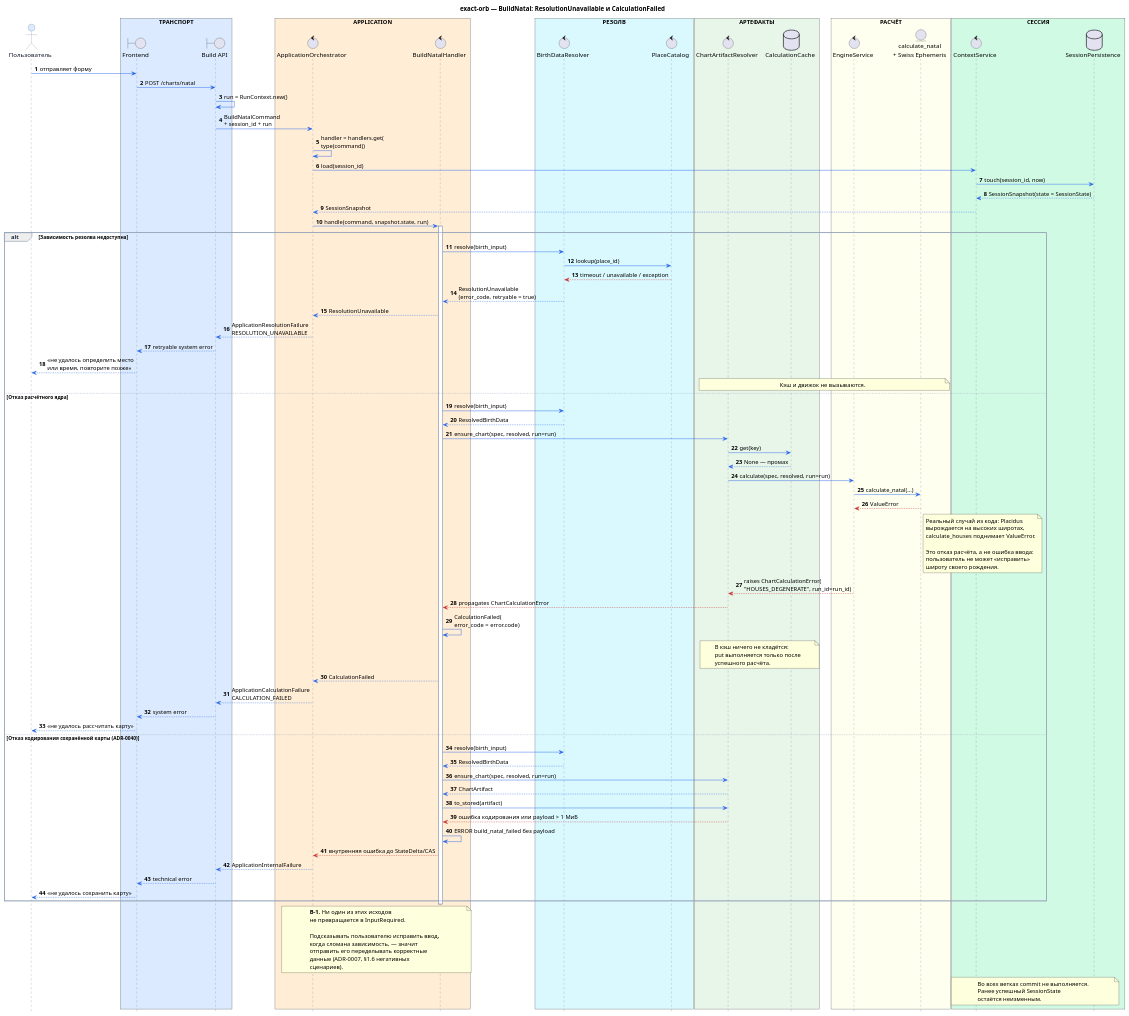
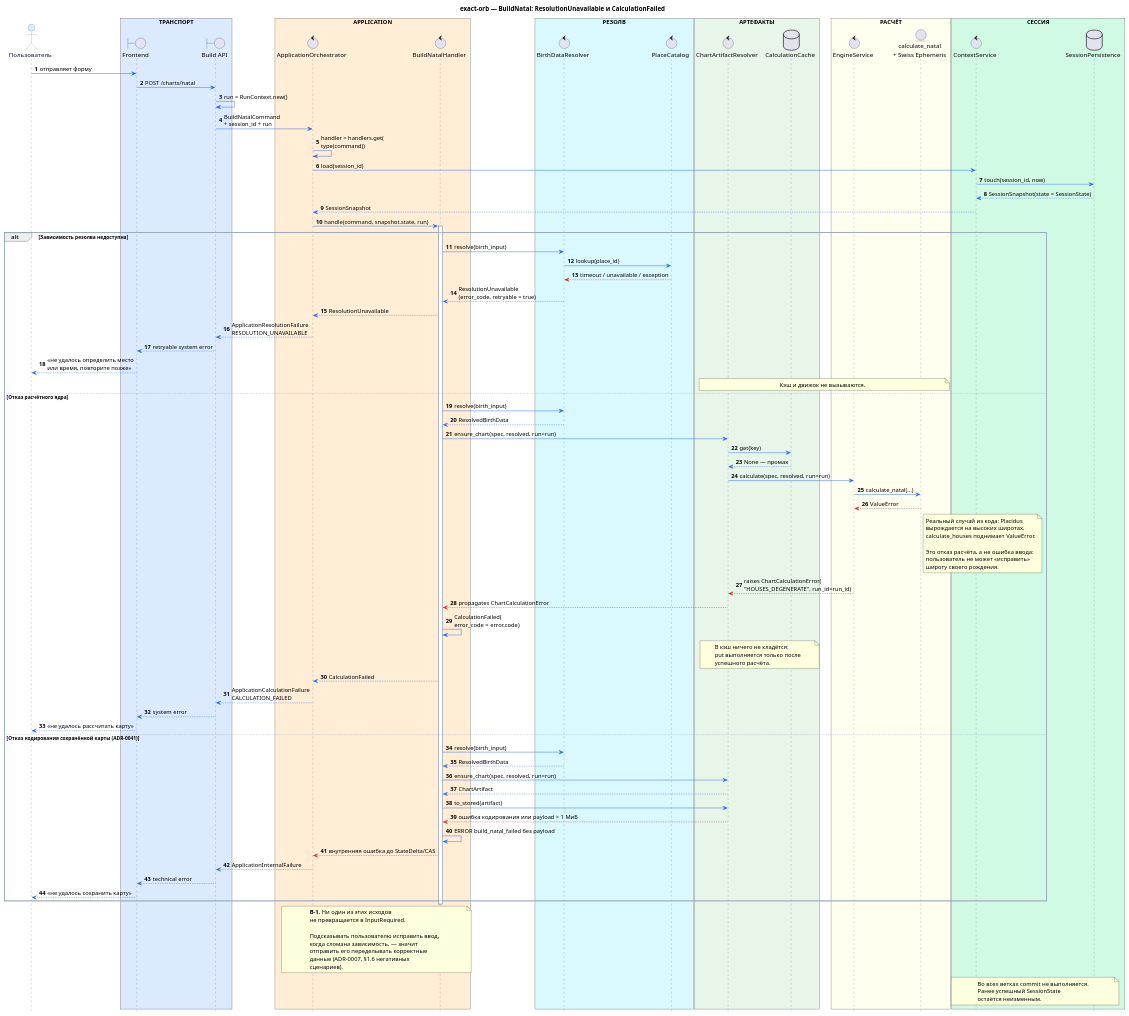
The diagram in docs/sequence_diagrams/build_natal/005-build_natal_technical_failures.puml (ksenia-baranova/exact-orb-demo), drawn with PlantUML before and after one commit. The commit also changed 36 other files, not shown here.

```diff
--- a/docs/sequence_diagrams/build_natal/005-build_natal_technical_failures.puml
+++ b/docs/sequence_diagrams/build_natal/005-build_natal_technical_failures.puml
@@ -1,175 +1,175 @@
 @startuml
 title exact-orb — BuildNatal: ResolutionUnavailable и CalculationFailed
 
 ' Технические отказы. Ключевой инвариант B-1: техническая ошибка
 ' никогда не преобразуется в InputRequired.
 
 autonumber
 hide footbox
 
 skinparam shadowing false
 skinparam responseMessageBelowArrow true
 
 skinparam sequence {
     ArrowColor #2563EB
     LifeLineBorderColor #64748B
     LifeLineBackgroundColor #FFFFFF
 
     ParticipantBorderColor #64748B
     ParticipantFontColor #0F172A
     ParticipantBackgroundColor #F8FAFC
 
     ActorBorderColor #64748B
     ActorFontColor #0F172A
     ActorBackgroundColor #DBEAFE
 
     GroupBorderColor #94A3B8
     GroupHeaderFontColor #1E293B
 
     DividerBorderColor #94A3B8
     DividerFontColor #1E293B
 
     NoteBorderColor #94A3B8
     NoteBackgroundColor #FFFBEA
     NoteFontColor #334155
 }
 
 actor "Пользователь" as User
 
 box "ТРАНСПОРТ" #DBEAFE
     boundary "Frontend" as FE
     boundary "Build API" as API
 end box
 
 box "APPLICATION" #FFEDD5
     control "ApplicationOrchestrator" as Orch
     control "BuildNatalHandler" as Handler
 end box
 
 box "РЕЗОЛВ" #D9F9FF
     control "BirthDataResolver" as Resolver
     control "PlaceCatalog" as Places
 end box
 
 box "АРТЕФАКТЫ" #E8F5E9
     control "ChartArtifactResolver" as Artifacts
     database "CalculationCache" as Cache
 end box
 
 box "РАСЧЁТ" #FFFFF0
     control "EngineService" as Engine
     entity "calculate_natal\n+ Swiss Ephemeris" as Swiss
 end box
 
 box "СЕССИЯ" #D1FAE5
     control "ContextService" as Context
     database "SessionPersistence" as Store
 end box
 
 
 User -> FE : отправляет форму
 FE -> API : POST /charts/natal
 API -> API : run = RunContext.new()
 API -> Orch : BuildNatalCommand\n+ session_id + run
 
 Orch -> Orch : handler = handlers.get(\ntype(command))
 Orch -> Context : load(session_id)
 Context -> Store : touch(session_id, now)
 Store --> Context : SessionSnapshot(state = SessionState)
 Context --> Orch : SessionSnapshot
 
 Orch -> Handler : handle(command, snapshot.state, run)
 activate Handler
 
 
 alt Зависимость резолва недоступна
 
     Handler -> Resolver : resolve(birth_input)
     Resolver -> Places : lookup(place_id)
     Places -[#C62828]-> Resolver : timeout / unavailable / exception
 
     Resolver --> Handler : ResolutionUnavailable\n(error_code, retryable = true)
     Handler --> Orch : ResolutionUnavailable
 
     Orch --> API : ApplicationResolutionFailure\nRESOLUTION_UNAVAILABLE
     API --> FE : retryable system error
     FE --> User : «не удалось определить место\nили время, повторите позже»
 
     note over Artifacts, Swiss
     Кэш и движок не вызываются.
     end note
 
 else Отказ расчётного ядра
 
     Handler -> Resolver : resolve(birth_input)
     Resolver --> Handler : ResolvedBirthData
 
     Handler -> Artifacts : ensure_chart(spec, resolved, run=run)
     Artifacts -> Cache : get(key)
     Cache --> Artifacts : None — промах
 
     Artifacts -> Engine : calculate(spec, resolved, run=run)
     Engine -> Swiss : calculate_natal(...)
     Swiss -[#C62828]-> Engine : ValueError
 
     note right of Swiss
     Реальный случай из кода: Placidus
     вырождается на высоких широтах,
     calculate_houses поднимает ValueError.
 
     Это отказ расчёта, а не ошибка ввода:
     пользователь не может «исправить»
     широту своего рождения.
     end note
 
     Engine -[#C62828]-> Artifacts : raises ChartCalculationError(\n"HOUSES_DEGENERATE", run_id=run_id)
     Artifacts -[#C62828]-> Handler : propagates ChartCalculationError
     Handler -> Handler : CalculationFailed(\nerror_code = error.code)
 
     note over Artifacts, Cache
     В кэш ничего не кладётся:
     put выполняется только после
     успешного расчёта.
     end note
 
     Handler --> Orch : CalculationFailed
     Orch --> API : ApplicationCalculationFailure\nCALCULATION_FAILED
     API --> FE : system error
     FE --> User : «не удалось рассчитать карту»
 
-else Отказ кодирования сохранённой карты (ADR-0040)
+else Отказ кодирования сохранённой карты (ADR-0041)
 
     Handler -> Resolver : resolve(birth_input)
     Resolver --> Handler : ResolvedBirthData
     Handler -> Artifacts : ensure_chart(spec, resolved, run=run)
     Artifacts --> Handler : ChartArtifact
     Handler -> Artifacts : to_stored(artifact)
     Artifacts -[#C62828]-> Handler : ошибка кодирования или payload > 1 МиБ
     Handler -> Handler : ERROR build_natal_failed без payload
     Handler -[#C62828]-> Orch : внутренняя ошибка до StateDelta/CAS
     Orch --> API : ApplicationInternalFailure
     API --> FE : technical error
     FE --> User : «не удалось сохранить карту»
 
 end
 
 deactivate Handler
 
 note over Handler, Orch
 **B-1.** Ни один из этих исходов
 не превращается в InputRequired.
 
 Подсказывать пользователю исправить ввод,
 когда сломана зависимость, — значит
 отправить его переделывать корректные
 данные (ADR-0007, §1.6 негативных
 сценариев).
 end note
 
 note over Context, Store
 Во всех ветках commit не выполняется.
 Ранее успешный SessionState
 остаётся неизменным.
 end note
 
 @enduml
```
